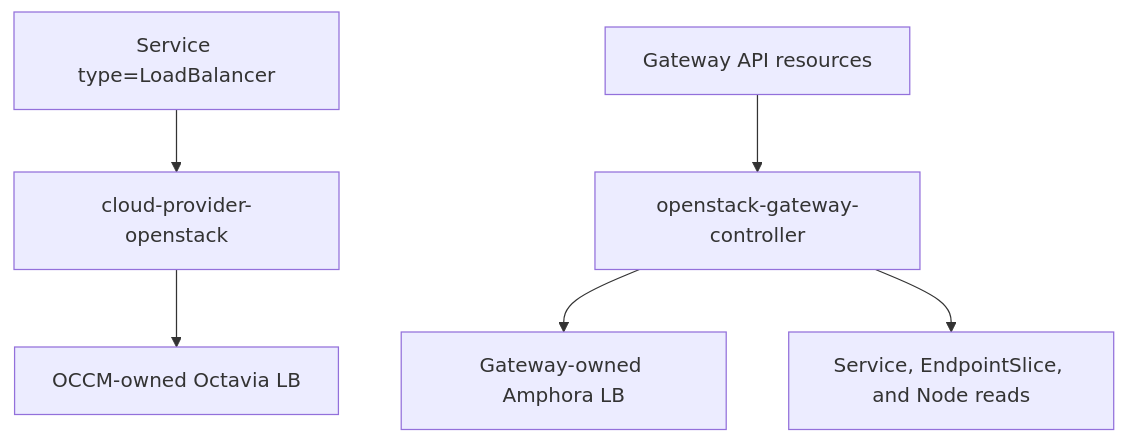
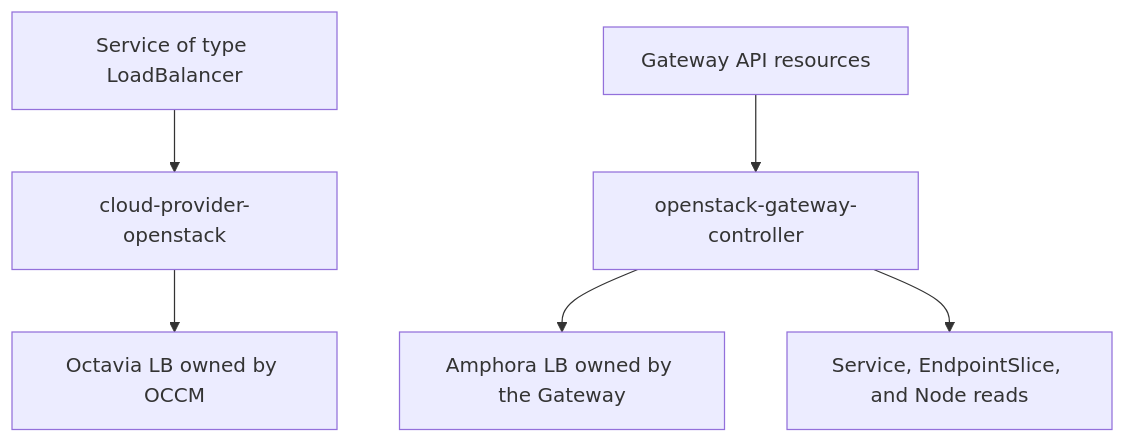
One commit to jihyun-huh/gateway-api-openstack changed the diagram in README.md. Above: the diagram before and after it, drawn with Mermaid. The commit also changed other lines of this file and 12 other files, not shown here.

````diff
--- a/README.md
+++ b/README.md
@@ -43,9 +37,9 @@
 ```mermaid
 flowchart TD
-    S["Service type=LoadBalancer"] --> OCCM["cloud-provider-openstack"]
-    OCCM --> SLB["OCCM-owned Octavia LB"]
+    S["Service of type LoadBalancer"] --> OCCM["cloud-provider-openstack"]
+    OCCM --> SLB["Octavia LB owned by OCCM"]
 
     G["Gateway API resources"] --> CTRL["openstack-gateway-controller"]
-    CTRL --> OLB["Gateway-owned Amphora LB"]
+    CTRL --> OLB["Amphora LB owned by the Gateway"]
     CTRL --> K8S["Service, EndpointSlice, and Node reads"]
 ```
````
